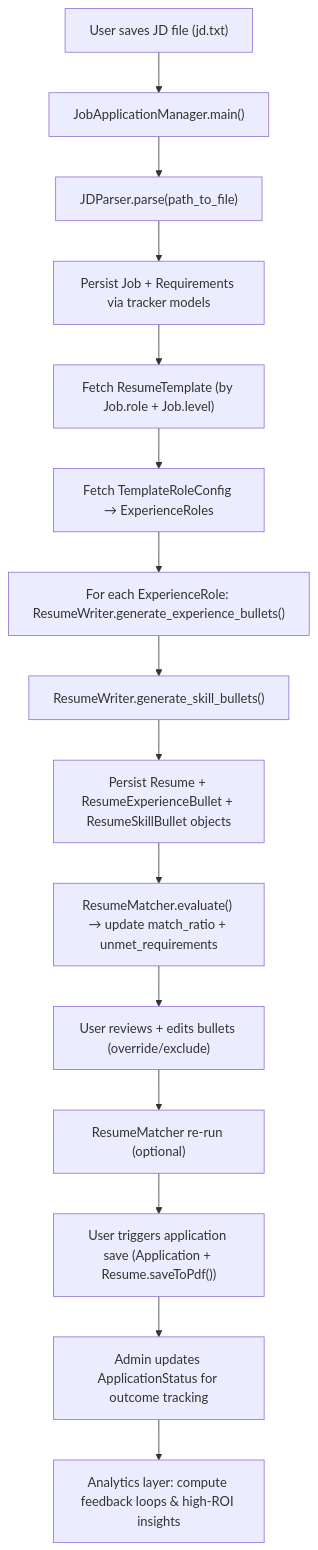
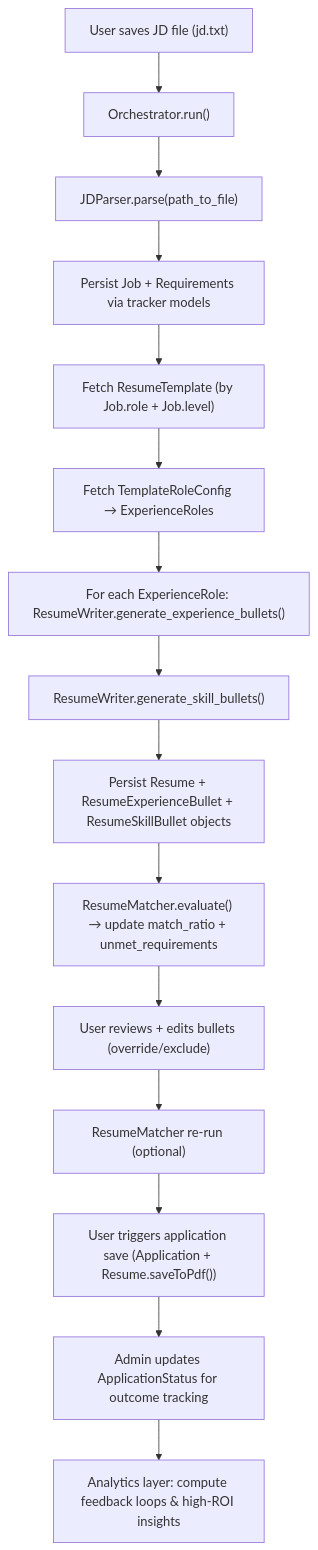
One commit to vhidrogo/job-search-automation changed the second of 2 diagrams in docs/system_design.md. Above: the diagram before and after it, drawn with Mermaid. The commit also changed other lines of this file, not shown here.

Commit message:
docs: Update end-to-end orchestration design

````diff
--- a/docs/system_design.md
+++ b/docs/system_design.md
@@ -340,17 +340,17 @@
 ```mermaid
 flowchart TD
-    A["User saves JD file (jd.txt)"] --> B["JobApplicationManager.main()"]
+    A["User saves JD file (jd.txt)"] --> B["Orchestrator.run()"]
     B --> C["JDParser.parse(path_to_file)"]
     C --> D["Persist Job + Requirements via tracker models"]
     D --> E["Fetch ResumeTemplate (by Job.role + Job.level)"]
     E --> F["Fetch TemplateRoleConfig → ExperienceRoles"]
     F --> G["For each ExperienceRole: ResumeWriter.generate_experience_bullets()"]
     G --> H["ResumeWriter.generate_skill_bullets()"]
     H --> I["Persist Resume + ResumeExperienceBullet + ResumeSkillBullet objects"]
     I --> J["ResumeMatcher.evaluate() → update match_ratio + unmet_requirements"]
     J --> K["User reviews + edits bullets (override/exclude)"]
     K --> L["ResumeMatcher re-run (optional)"]
     L --> M["User triggers application save (Application + Resume.saveToPdf())"]
     M --> N["Admin updates ApplicationStatus for outcome tracking"]
     N --> O["Analytics layer: compute feedback loops & high-ROI insights"]
 ```
````
